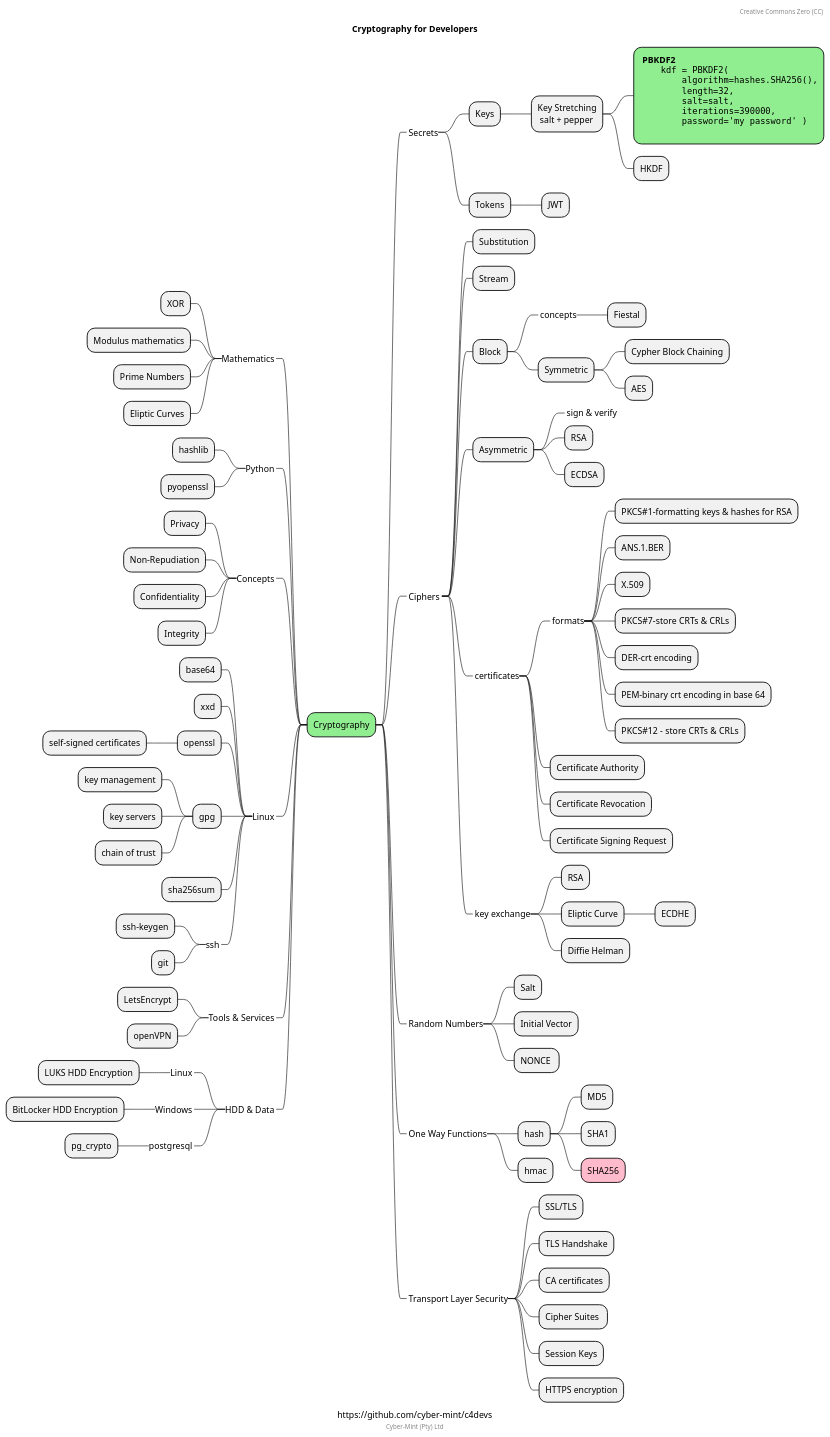
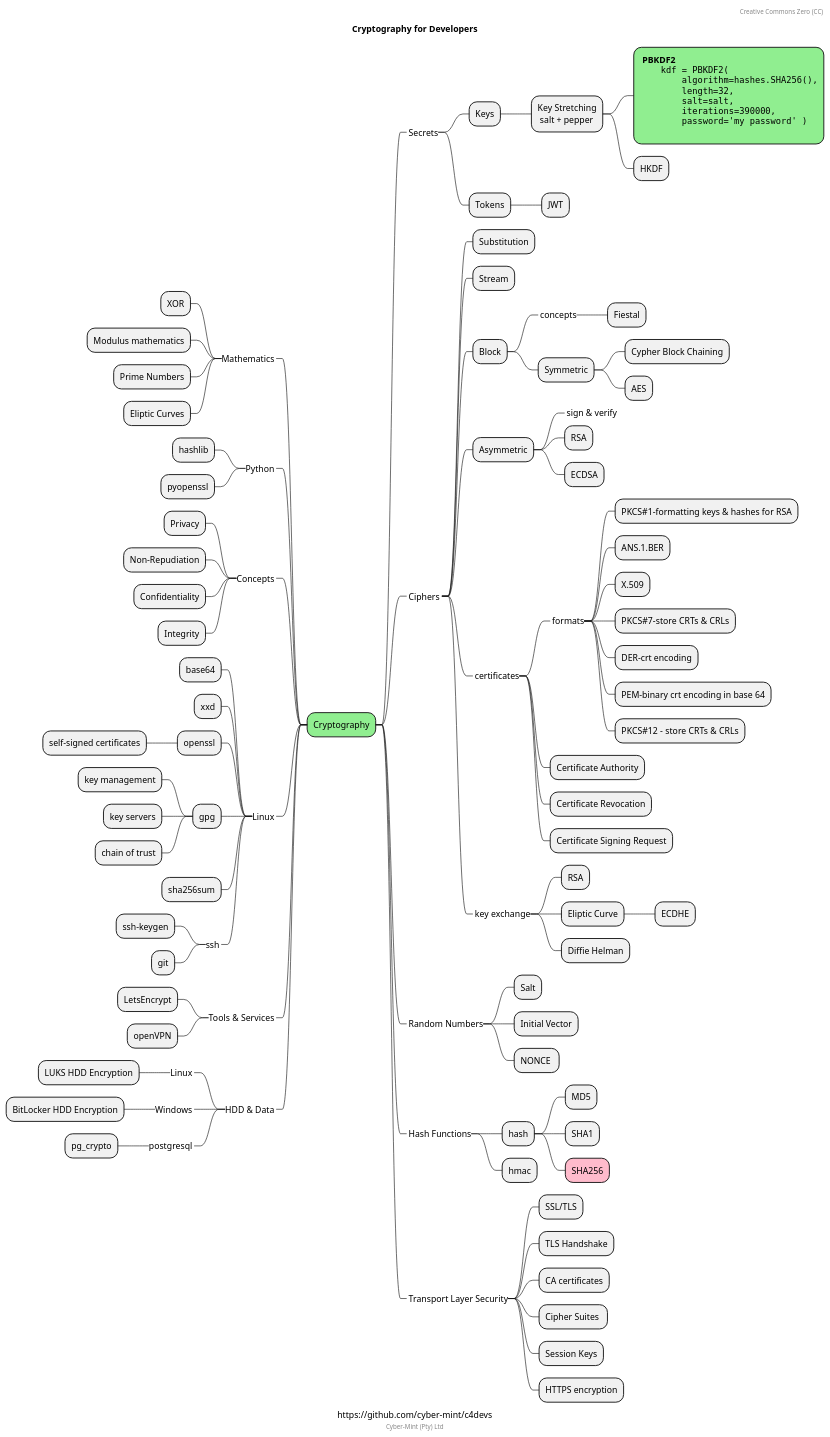
Before and after one commit to Cyber-Mint/c4devs: the diagram in cryptography.puml, drawn with PlantUML. The commit also changed 2 other files, not shown here.

```diff
--- a/cryptography.puml
+++ b/cryptography.puml
@@ -1,132 +1,132 @@
 @startmindmap
 
 caption https://github.com/cyber-mint/c4devs
 title Cryptography for Developers
 
 *[#lightgreen] Cryptography
 
  *_ Secrets
   * Keys
 ****:Key Stretching
  salt + pepper;
 
 *****[#lightgreen]: **PBKDF2**
 <code>
     kdf = PBKDF2(
         algorithm=hashes.SHA256(),
         length=32,
         salt=salt,
         iterations=390000,
         password='my password' )
 </code>
 ;
     * HKDF
   * Tokens
    * JWT
 
  *_ Ciphers <<rose>>
   * Substitution
   * Stream
   * Block
    *_ concepts
     * Fiestal
    * Symmetric
     * Cypher Block Chaining
     * AES
   * Asymmetric
    *_ sign & verify
    * RSA
    * ECDSA
   *_ certificates
    *_ formats
     * PKCS#1-formatting keys & hashes for RSA
     * ANS.1.BER
     * X.509
     * PKCS#7-store CRTs & CRLs
     * DER-crt encoding
     * PEM-binary crt encoding in base 64
     * PKCS#12 - store CRTs & CRLs
    * Certificate Authority
    * Certificate Revocation
    * Certificate Signing Request
   *_ key exchange
    * RSA
    * Eliptic Curve
     * ECDHE
    * Diffie Helman
 
  *_ Random Numbers
   * Salt
   * Initial Vector
   * NONCE 
- *_ One Way Functions
+ *_ Hash Functions
   * hash
    * MD5
    * SHA1
    *[#FFBBCC] SHA256
   * hmac
  *_ Transport Layer Security
   * SSL/TLS
   * TLS Handshake
   * CA certificates
   * Cipher Suites 
   * Session Keys
   * HTTPS encryption
 
 left side
 
 --_ Mathematics
   * XOR
   * Modulus mathematics
   * Prime Numbers
   * Eliptic Curves
 
 --_ Python
   * hashlib
   * pyopenssl
 
 --_ Concepts
   * Privacy
   * Non-Repudiation
   * Confidentiality
   * Integrity
 
 
 --_ Linux
   * base64
   * xxd
   * openssl
    * self-signed certificates
   * gpg
    * key management
    * key servers
    * chain of trust
   * sha256sum
   *_ ssh
    * ssh-keygen
    * git
 
 --_ Tools & Services
   * LetsEncrypt
   * openVPN
 
 --_ HDD & Data
   *_ Linux
    * LUKS HDD Encryption
   *_ Windows
    * BitLocker HDD Encryption
   *_ postgresql
    * pg_crypto
 
 header
  Creative Commons Zero (CC)
 endheader
 
 center footer Cyber-Mint (Pty) Ltd
 
 ' legend right
 '   Short
 '   legend
 ' endlegend
 
 @endmindmap
```
